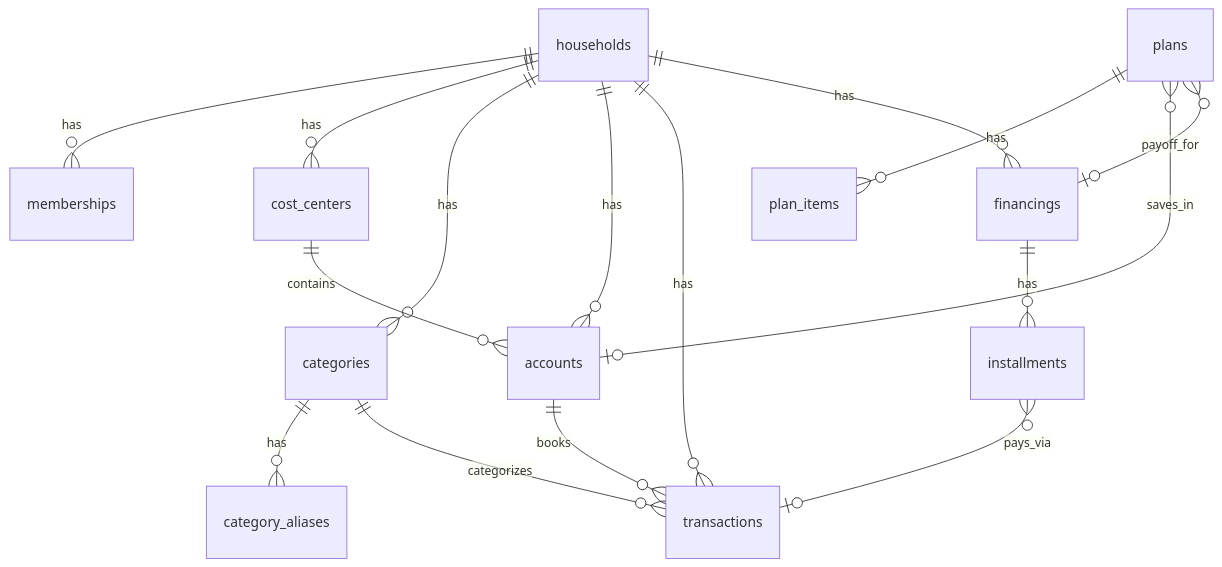
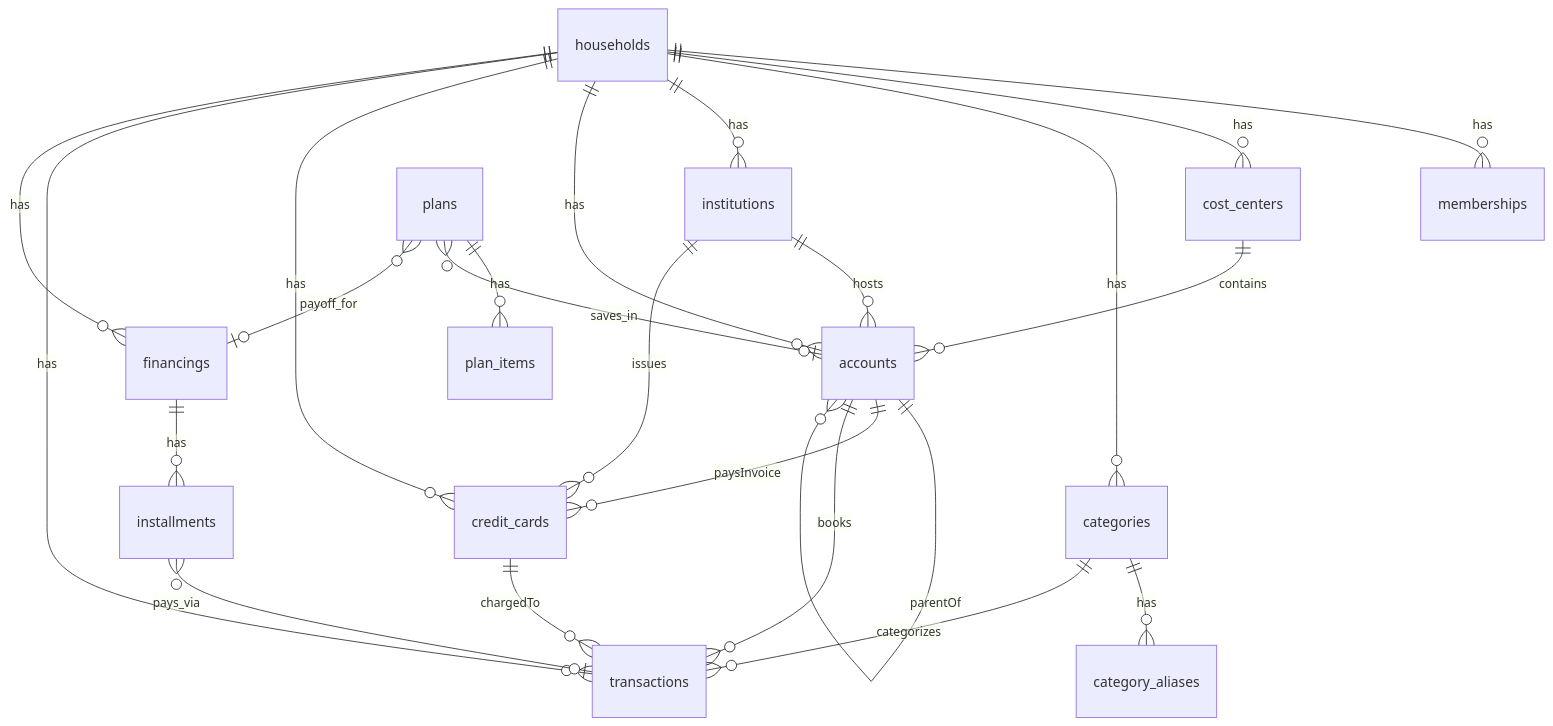
Before and after one commit to JonathasRodrigues/time-is-money: the diagram in docs/architecture/data-model.md, drawn with Mermaid. The commit also changed other lines of this file and 239 other files, not shown here.

````diff
--- a/docs/architecture/data-model.md
+++ b/docs/architecture/data-model.md
@@ -97,18 +136,25 @@
 ```mermaid
 erDiagram
   households ||--o{ memberships : has
   households ||--o{ cost_centers : has
   households ||--o{ categories : has
+  households ||--o{ institutions : has
   households ||--o{ accounts : has
+  households ||--o{ credit_cards : has
   households ||--o{ transactions : has
   households ||--o{ financings : has
+  institutions ||--o{ accounts : hosts
+  institutions ||--o{ credit_cards : issues
   cost_centers ||--o{ accounts : contains
+  accounts ||--o{ accounts : parentOf
+  accounts ||--o{ credit_cards : paysInvoice
   categories ||--o{ category_aliases : has
   financings ||--o{ installments : has
   plans ||--o{ plan_items : has
   plans }o--o| accounts : saves_in
   plans }o--o| financings : payoff_for
   installments }o--o| transactions : pays_via
   categories ||--o{ transactions : categorizes
   accounts ||--o{ transactions : books
+  credit_cards ||--o{ transactions : chargedTo
 ```
````
